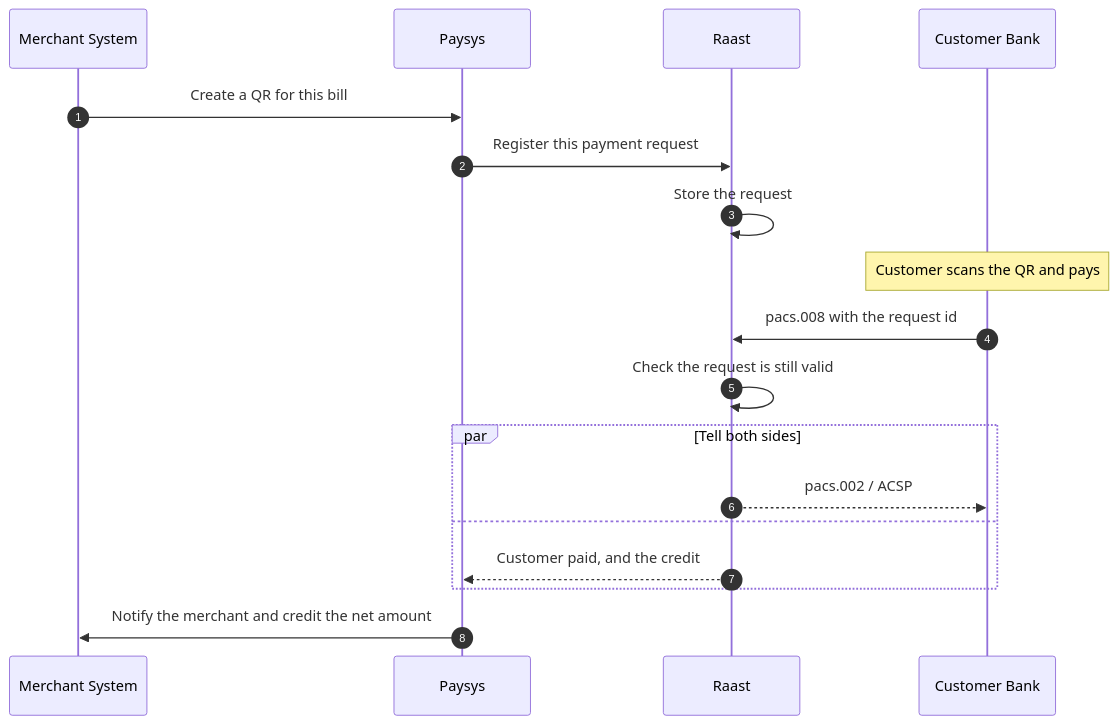
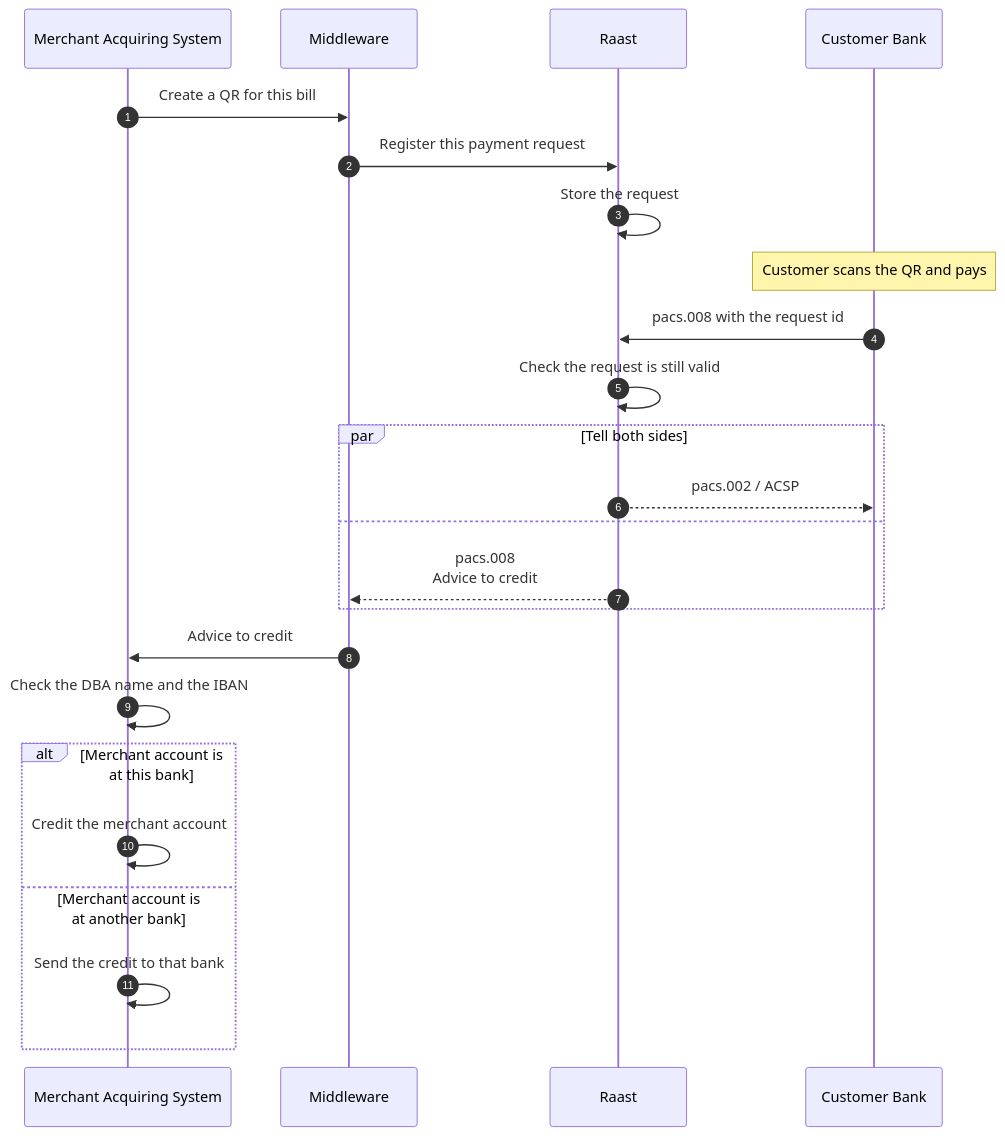
Before and after one commit to HuzaifaTanzeel/raast-training-public: the fifth of 8 diagrams in modules/04-p2m-acquiring/04_Raast_P2M_Acquiring_Overview.md, drawn with Mermaid. The commit also changed other lines of this file and 5 other files, not shown here.

````diff
--- a/modules/04-p2m-acquiring/04_Raast_P2M_Acquiring_Overview.md
+++ b/modules/04-p2m-acquiring/04_Raast_P2M_Acquiring_Overview.md
@@ -164,21 +183,27 @@
 ```mermaid
 sequenceDiagram
     autonumber
-    participant MS as Merchant System
-    participant P as Paysys
+    participant MAS as Merchant Acquiring System
+    participant MW as Middleware
     participant R as Raast
     participant IB as Customer Bank
 
-    MS->>P: Create a QR for this bill
-    P->>R: Register this payment request
+    MAS->>MW: Create a QR for this bill
+    MW->>R: Register this payment request
     R->>R: Store the request
     Note over IB: Customer scans the QR and pays
     IB->>R: pacs.008 with the request id
     R->>R: Check the request is still valid
     par Tell both sides
         R-->>IB: pacs.002 / ACSP
     and
-        R-->>P: Customer paid, and the credit
+        R-->>MW: pacs.008<br/>Advice to credit
     end
-    P->>MS: Notify the merchant and credit the net amount
+    MW->>MAS: Advice to credit
+    MAS->>MAS: Check the DBA name and the IBAN
+    alt Merchant account is at this bank
+        MAS->>MAS: Credit the merchant account
+    else Merchant account is at another bank
+        MAS->>MAS: Send the credit to that bank
+    end
 ```
````
